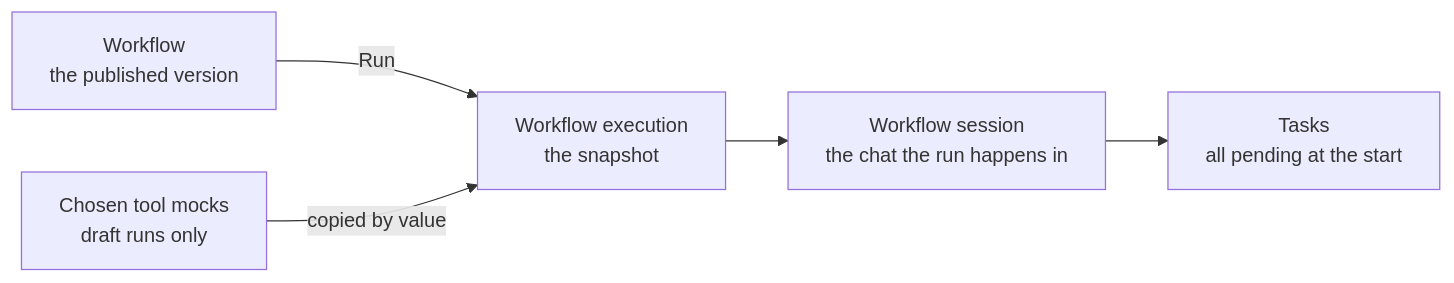
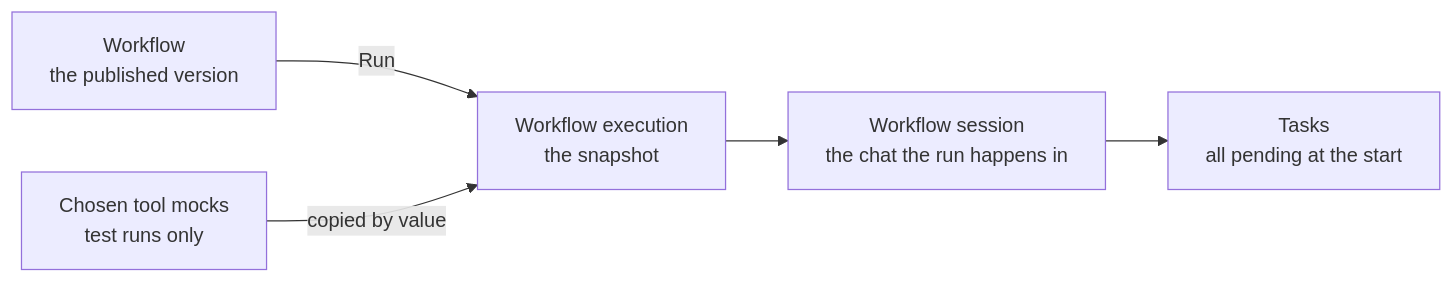
Before and after one commit to kaitoy/a2flow: the first of 2 diagrams in website/docs/architecture/workflow-execution.md, drawn with Mermaid. The commit also changed other lines of this file and 37 other files, not shown here.

````diff
--- a/website/docs/architecture/workflow-execution.md
+++ b/website/docs/architecture/workflow-execution.md
@@ -10,7 +10,7 @@
 ```mermaid
 flowchart LR
   W["Workflow<br/>the published version"] -->|"Run"| X["Workflow execution<br/>the snapshot"]
-  MK["Chosen tool mocks<br/>draft runs only"] -->|"copied by value"| X
+  MK["Chosen tool mocks<br/>test runs only"] -->|"copied by value"| X
   X --> C["Workflow session<br/>the chat the run happens in"]
   C --> T["Tasks<br/>all pending at the start"]
 ```
````
